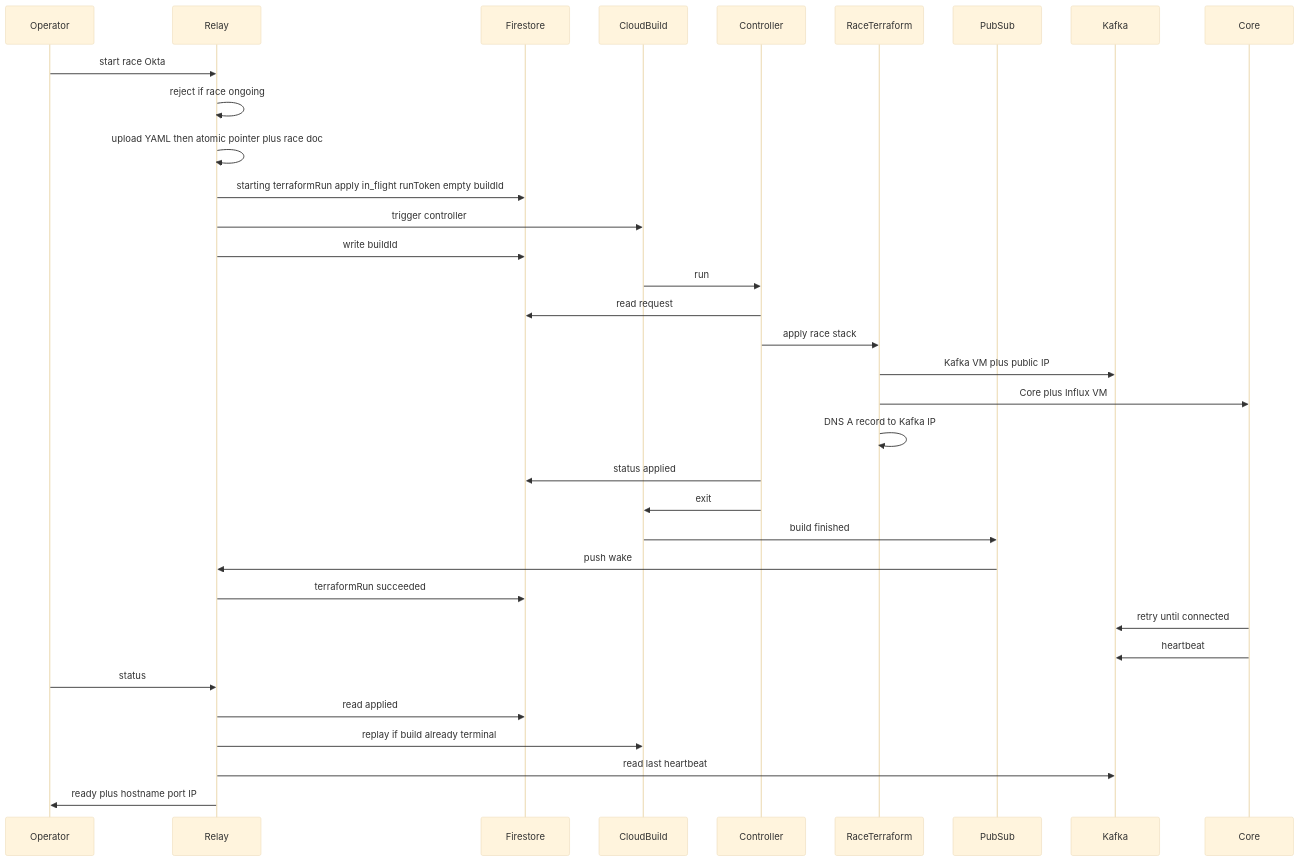
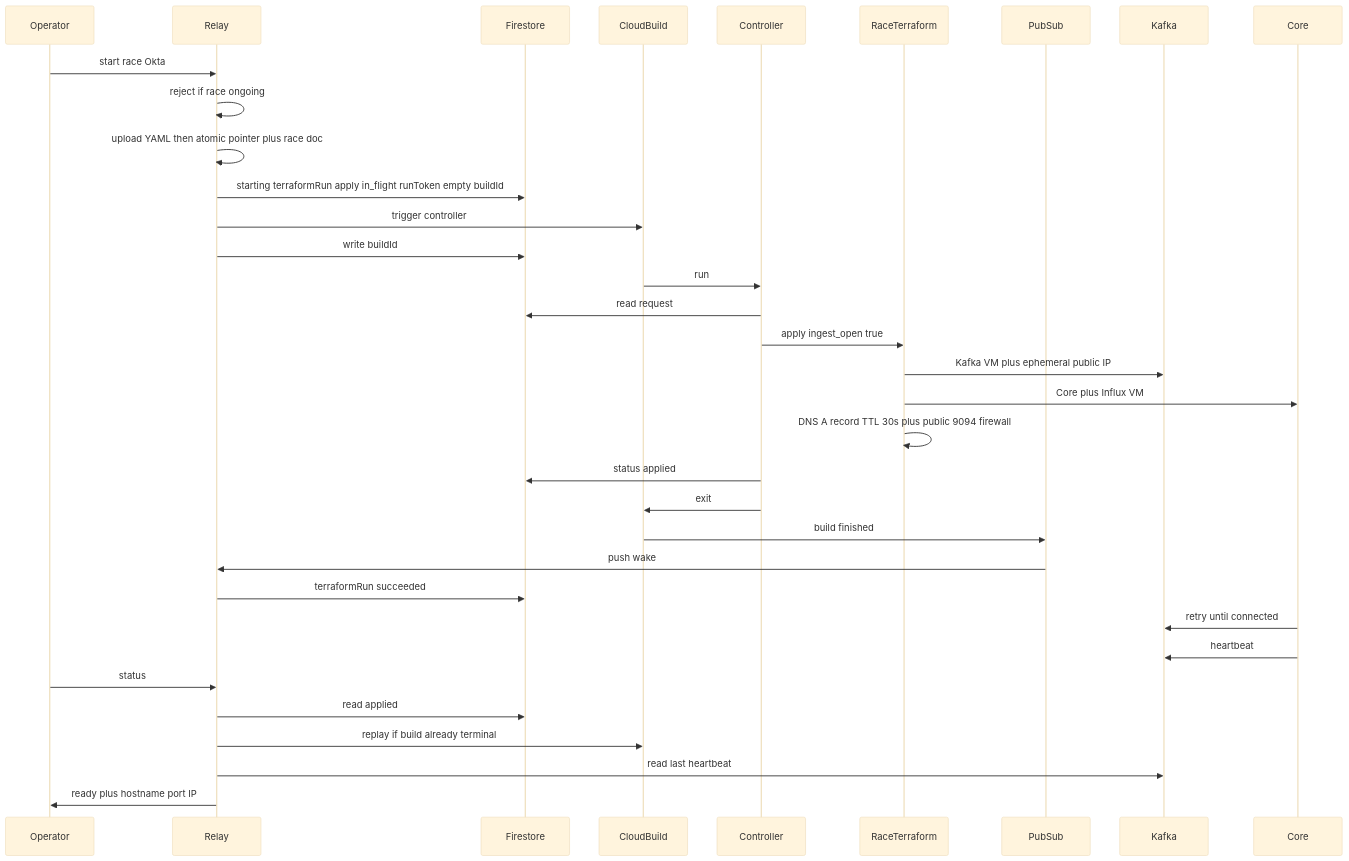
Before and after one commit to ChronoRacer/chronoracer: the diagram in docs/flow-race_provisioning.md, drawn with Mermaid (base theme). The commit also changed other lines of this file and 20 other files, not shown here.

````diff
--- a/docs/flow-race_provisioning.md
+++ b/docs/flow-race_provisioning.md
@@ -26,37 +11,37 @@
 ```mermaid
 sequenceDiagram
   participant Op as Operator
   participant Relay
   participant FS as Firestore
   participant CB as CloudBuild
   participant Ctrl as Controller
   participant TF as RaceTerraform
   participant PS as PubSub
   participant Kafka
   participant Core
 
   Op->>Relay: start race Okta
   Relay->>Relay: reject if race ongoing
   Relay->>Relay: upload YAML then atomic pointer plus race doc
   Relay->>FS: starting terraformRun apply in_flight runToken empty buildId
   Relay->>CB: trigger controller
   Relay->>FS: write buildId
   CB->>Ctrl: run
   Ctrl->>FS: read request
-  Ctrl->>TF: apply race stack
-  TF->>Kafka: Kafka VM plus public IP
+  Ctrl->>TF: apply ingest_open true
+  TF->>Kafka: Kafka VM plus ephemeral public IP
   TF->>Core: Core plus Influx VM
-  TF->>TF: DNS A record to Kafka IP
+  TF->>TF: DNS A record TTL 30s plus public 9094 firewall
   Ctrl->>FS: status applied
   Ctrl->>CB: exit
   CB->>PS: build finished
   PS->>Relay: push wake
   Relay->>FS: terraformRun succeeded
   Core->>Kafka: retry until connected
   Core->>Kafka: heartbeat
   Op->>Relay: status
   Relay->>FS: read applied
   Relay->>CB: replay if build already terminal
   Relay->>Kafka: read last heartbeat
   Relay->>Op: ready plus hostname port IP
 ```
````
